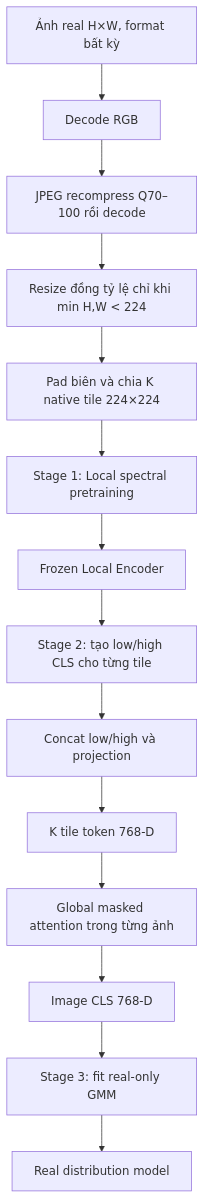
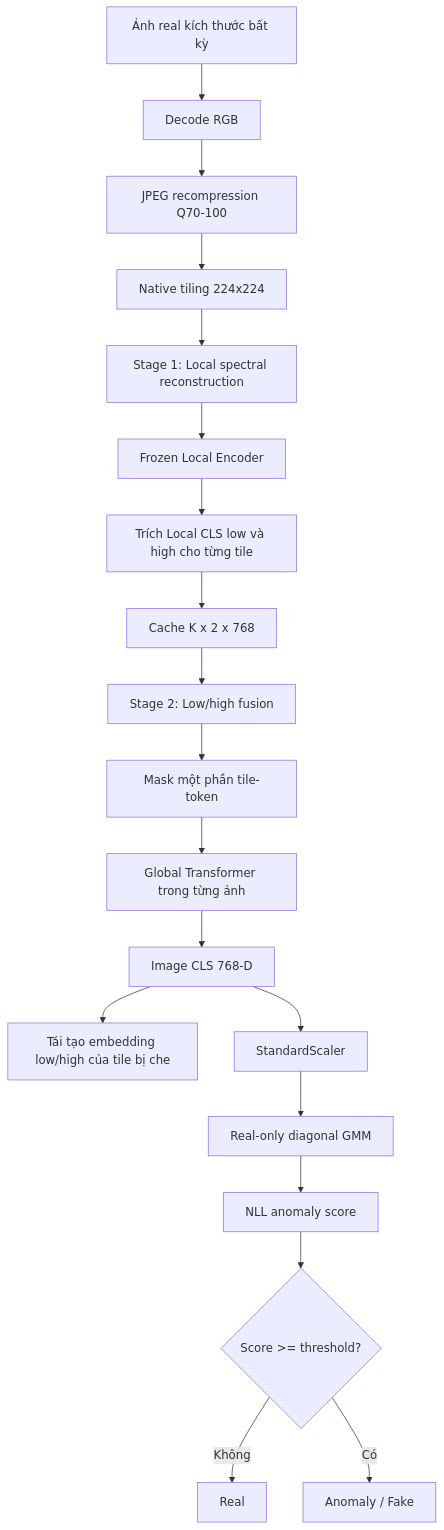
Before and after one commit to nguyenhoangha0710/Classifier_Fake_Real_Images: the diagram in baselines/d2_fad/spectral_gmm_branch/plan.md, drawn with Mermaid. The commit also changed other lines of this file, not shown here.

````diff
--- a/baselines/d2_fad/spectral_gmm_branch/plan.md
+++ b/baselines/d2_fad/spectral_gmm_branch/plan.md
@@ -68,19 +34,25 @@
 ```mermaid
 flowchart TD
-    A[Ảnh real H×W, format bất kỳ] --> B[Decode RGB]
-    B --> C[JPEG recompress Q70–100 rồi decode]
-    C --> D[Resize đồng tỷ lệ chỉ khi min H,W < 224]
-    D --> E[Pad biên và chia K native tile 224×224]
+    A[Ảnh real kích thước bất kỳ] --> B[Decode RGB]
+    B --> C[JPEG recompression Q70-100]
+    C --> D[Native tiling 224x224]
 
-    E --> F[Stage 1: Local spectral pretraining]
-    F --> G[Frozen Local Encoder]
+    D --> E[Stage 1: Local spectral reconstruction]
+    E --> F[Frozen Local Encoder]
 
-    G --> H[Stage 2: tạo low/high CLS cho từng tile]
-    H --> I[Concat low/high và projection]
-    I --> J[K tile token 768-D]
-    J --> K[Global masked attention trong từng ảnh]
+    F --> G[Trích Local CLS low và high cho từng tile]
+    G --> H[Cache K x 2 x 768]
+
+    H --> I[Stage 2: Low/high fusion]
+    I --> J[Mask một phần tile-token]
+    J --> K[Global Transformer trong từng ảnh]
     K --> L[Image CLS 768-D]
+    L --> M[Tái tạo embedding low/high của tile bị che]
 
-    L --> M[Stage 3: fit real-only GMM]
-    M --> N[Real distribution model]
+    L --> N[StandardScaler]
+    N --> O[Real-only diagonal GMM]
+    O --> P[NLL anomaly score]
+    P --> Q{Score >= threshold?}
+    Q -->|Không| R[Real]
+    Q -->|Có| S[Anomaly / Fake]
 ```
````
